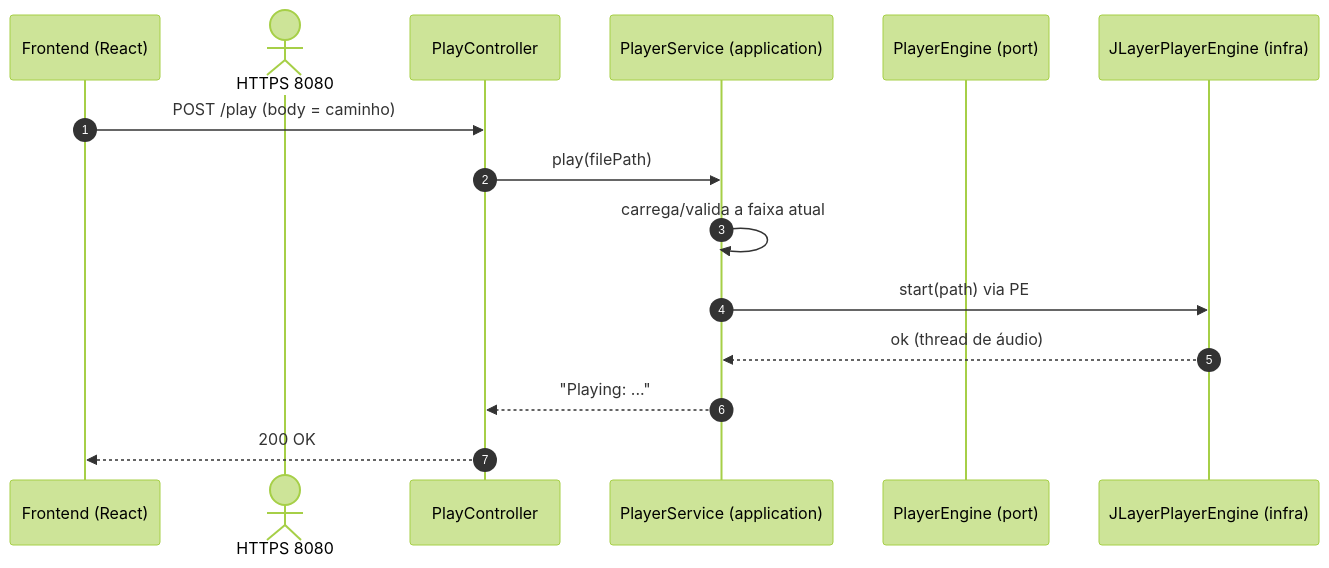
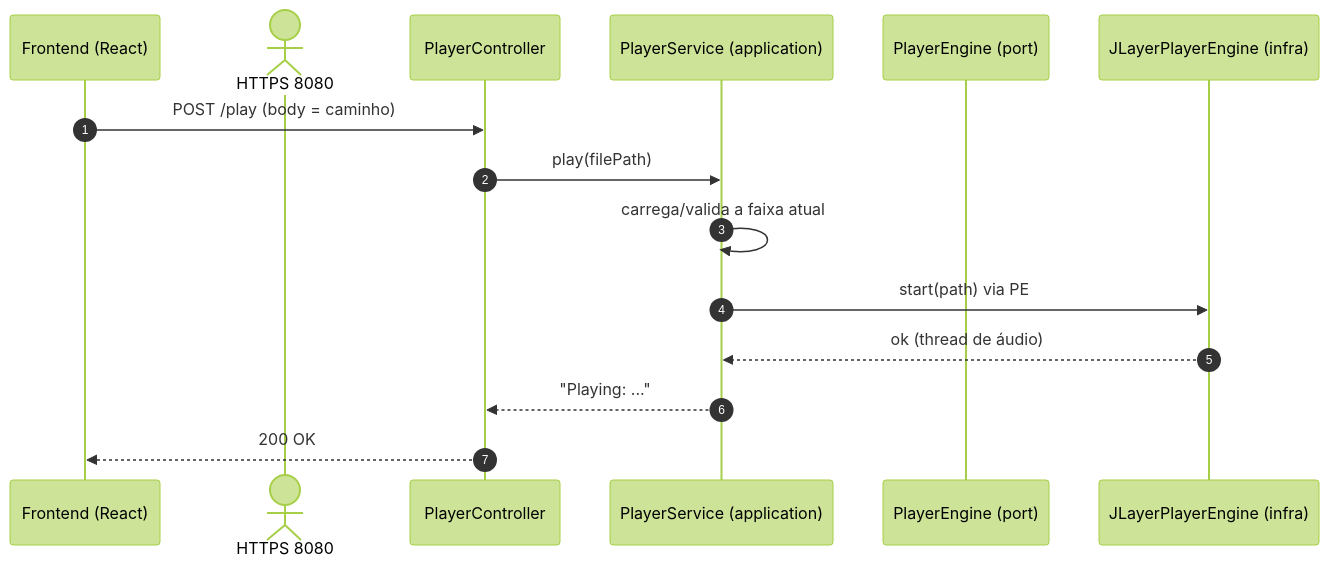
One commit to jpontesmartins/mp3-player changed the third of 7 diagrams in docs/architecture.md. Above: the diagram before and after it, drawn with Mermaid (forest theme). The commit also changed other lines of this file and 10 other files, not shown here.

````diff
--- a/docs/architecture.md
+++ b/docs/architecture.md
@@ -112,18 +121,18 @@
 ```mermaid
 sequenceDiagram
     autonumber
     participant FE as Frontend (React)
     actor Msg as HTTPS 8080
-    participant C as PlayController
+    participant C as PlayerController
     participant PS as PlayerService (application)
     participant PE as PlayerEngine (port)
     participant J as JLayerPlayerEngine (infra)
 
     FE->>C: POST /play (body = caminho)
     C->>PS: play(filePath)
     PS->>PS: carrega/valida a faixa atual
     PS->>J: start(path) via PE
     J-->>PS: ok (thread de áudio)
     PS-->>C: "Playing: ..."
     C-->>FE: 200 OK
 ```
````
